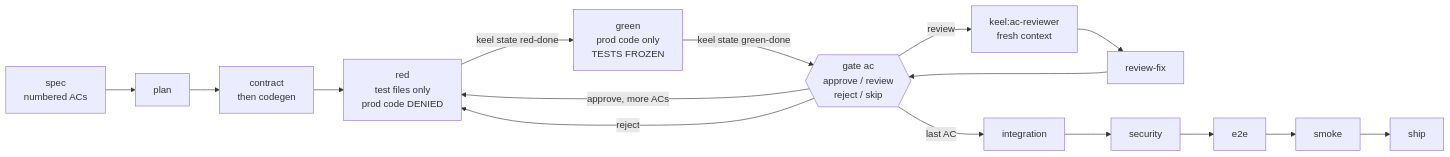
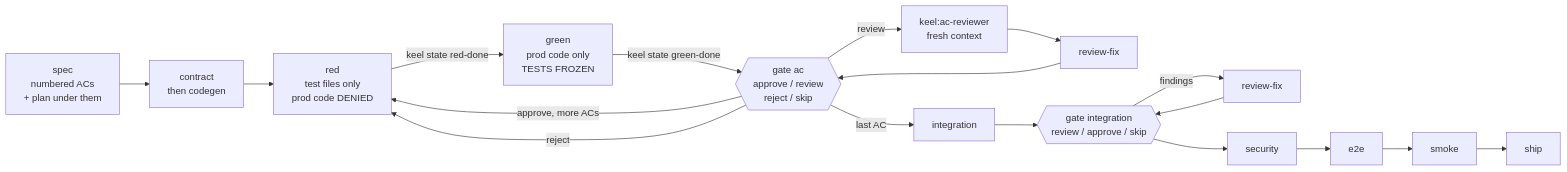
Before and after one commit to MiladNalbandi/keel: the second of 4 diagrams in docs/REFERENCE.md, drawn with Mermaid. The commit also changed other lines of this file and 37 other files, not shown here.

First line of the commit message:
Merge origin/main; fold spec+plan into one phase, add work-placement probe, and an optional integration gate

````diff
--- a/docs/REFERENCE.md
+++ b/docs/REFERENCE.md
@@ -304,12 +303,14 @@
 ```mermaid
 flowchart LR
-  S["spec<br/>numbered ACs"] --> PL["plan"] --> CT["contract<br/>then codegen"]
+  S["spec<br/>numbered ACs<br/>+ plan under them"] --> CT["contract<br/>then codegen"]
   CT --> R["red<br/>test files only<br/>prod code DENIED"]
   R -->|"keel state red-done"| G["green<br/>prod code only<br/>TESTS FROZEN"]
   G -->|"keel state green-done"| GA{{"gate ac<br/>approve / review<br/>reject / skip"}}
   GA -->|"approve, more ACs"| R
   GA -->|"review"| RV["keel:ac-reviewer<br/>fresh context"]
   RV --> RF["review-fix"] --> GA
   GA -->|"reject"| R
-  GA -->|"last AC"| I["integration"] --> SEC["security"] --> E["e2e"] --> SM["smoke"] --> SH["ship"]
+  GA -->|"last AC"| I["integration"] --> IG{{"gate integration<br/>review / approve / skip"}}
+  IG -->|"findings"| RF2["review-fix"] --> IG
+  IG --> SEC["security"] --> E["e2e"] --> SM["smoke"] --> SH["ship"]
 ```
````
